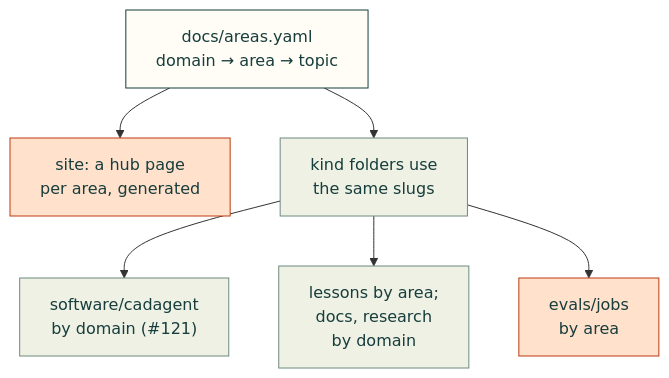
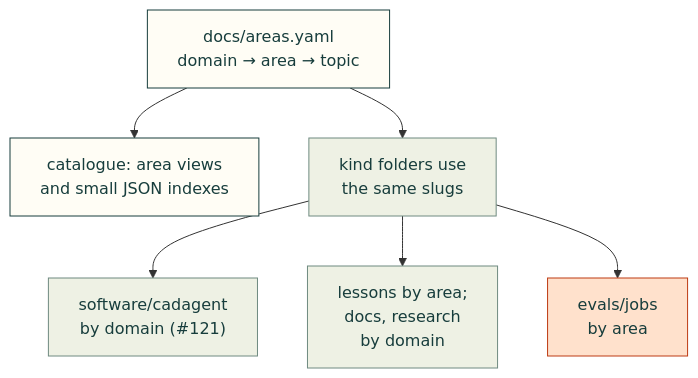
One commit to Valpatel/cad-agent changed the fifth of 5 diagrams in docs/vision.md. Above: the diagram before and after it, drawn with Mermaid. The commit also changed other lines of this file and 7 other files, not shown here.

Commit message:
Align discovery guidance with the existing area catalogue

````diff
--- a/docs/vision.md
+++ b/docs/vision.md
@@ -257,14 +270,15 @@
 ```mermaid
 flowchart TD
-    T["docs/areas.yaml<br/>domain → area → topic"] --> H["site: a hub page<br/>per area, generated"]
+    T["docs/areas.yaml<br/>domain → area → topic"] --> H["catalogue: area views<br/>and small JSON indexes"]
     T --> K["kind folders use<br/>the same slugs"]
     K --> C["software/cadagent<br/>by domain (#121)"]
     K --> L["lessons by area;<br/>docs, research<br/>by domain"]
     K --> E["evals/jobs<br/>by area"]
     class T here
-    class H,E out
+    class H here
+    class E out
     class K,C,L near
     classDef here fill:#fffdf5,stroke:#173d3c,color:#173d3c
     classDef near fill:#eef1e4,stroke:#6f8a80,color:#173d3c
     classDef out fill:#ffe1cc,stroke:#bd3a12,color:#173d3c
 ```
````
